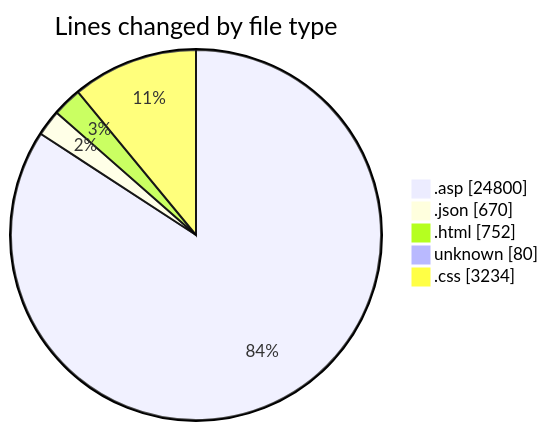
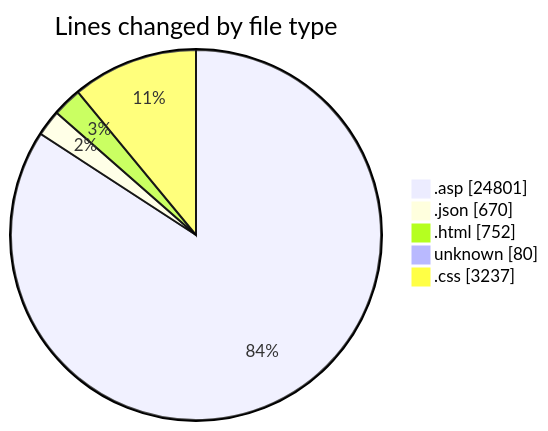
One commit to julien-gomy/code-tracking changed the first of 2 diagrams in 2025-11-01/cdp_aleoudev_fr__workspace_/README.md. Above: the diagram before and after it, drawn with Mermaid. The commit also changed other lines of this file and 1 other file, not shown here.

````diff
--- a/2025-11-01/cdp_aleoudev_fr__workspace_/README.md
+++ b/2025-11-01/cdp_aleoudev_fr__workspace_/README.md
@@ -37,9 +37,9 @@
 ```mermaid
 pie showData
 title Lines changed by file type
-".asp" : 24800
+".asp" : 24801
 ".json" : 670
 ".html" : 752
 "unknown" : 80
-".css" : 3234
+".css" : 3237
 ```
````
